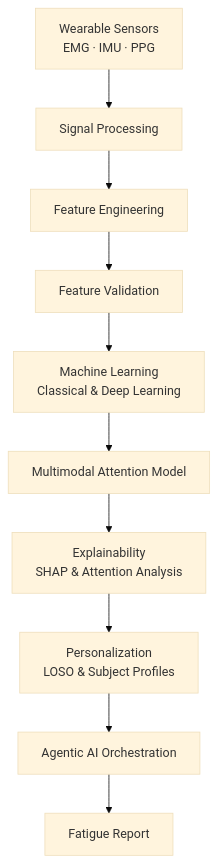
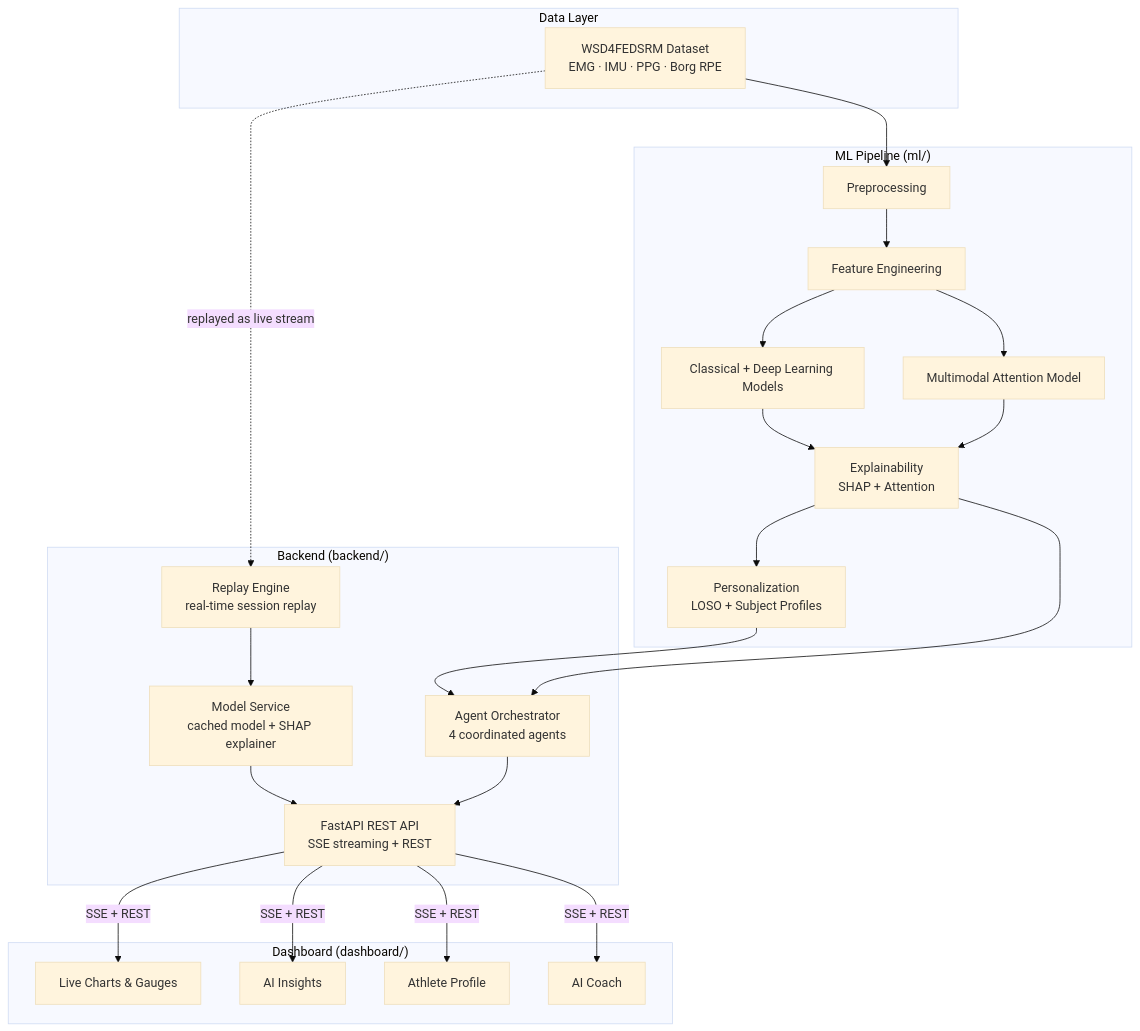
The first of 2 diagrams in README.md (Sangamithraa077/Agentic-Fatigue-Fingerprinting), drawn with Mermaid (base theme) before and after one commit. The commit also changed other lines of this file and 9 other files, not shown here.

Commit message:
feat(release): finalize Athlete Intelligence production release with premium dashboard, replay engine integration, and documentation

````diff
--- a/README.md
+++ b/README.md
@@ -48,12 +88,39 @@
 ```mermaid
 flowchart TD
-    A[Wearable Sensors<br/>EMG · IMU · PPG] --> B[Signal Processing]
-    B --> C[Feature Engineering]
-    C --> D[Feature Validation]
-    D --> E[Machine Learning<br/>Classical & Deep Learning]
-    E --> F[Multimodal Attention Model]
-    F --> G[Explainability<br/>SHAP & Attention Analysis]
-    G --> H[Personalization<br/>LOSO & Subject Profiles]
-    H --> I[Agentic AI Orchestration]
-    I --> J[Fatigue Report]
+    subgraph Data["Data Layer"]
+        A[WSD4FEDSRM Dataset<br/>EMG · IMU · PPG · Borg RPE]
+    end
+
+    subgraph ML["ML Pipeline (ml/)"]
+        B[Preprocessing]
+        C[Feature Engineering]
+        D[Classical + Deep Learning Models]
+        E[Multimodal Attention Model]
+        F[Explainability<br/>SHAP + Attention]
+        G[Personalization<br/>LOSO + Subject Profiles]
+    end
+
+    subgraph Backend["Backend (backend/)"]
+        H[Replay Engine<br/>real-time session replay]
+        I[Model Service<br/>cached model + SHAP explainer]
+        J[Agent Orchestrator<br/>4 coordinated agents]
+        K[FastAPI REST API<br/>SSE streaming + REST]
+    end
+
+    subgraph Frontend["Dashboard (dashboard/)"]
+        L[Live Charts & Gauges]
+        M[AI Insights]
+        N[Athlete Profile]
+        O[AI Coach]
+    end
+
+    A --> B --> C --> D --> F
+    C --> E --> F
+    F --> G
+    A -.->|replayed as live stream| H
+    H --> I --> K
+    G --> J
+    F --> J
+    J --> K
+    K -->|SSE + REST| L & M & N & O
 ```
````
